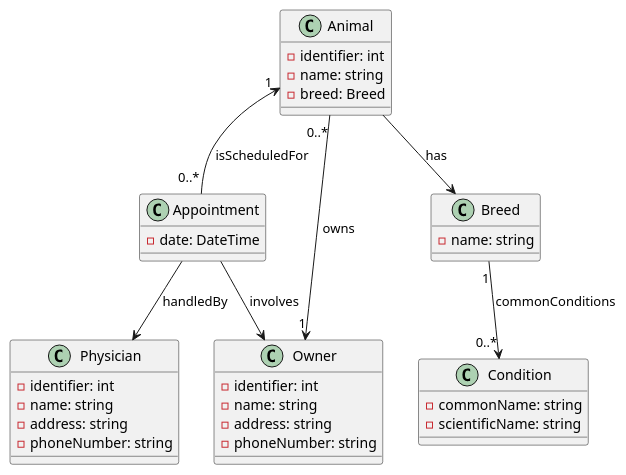
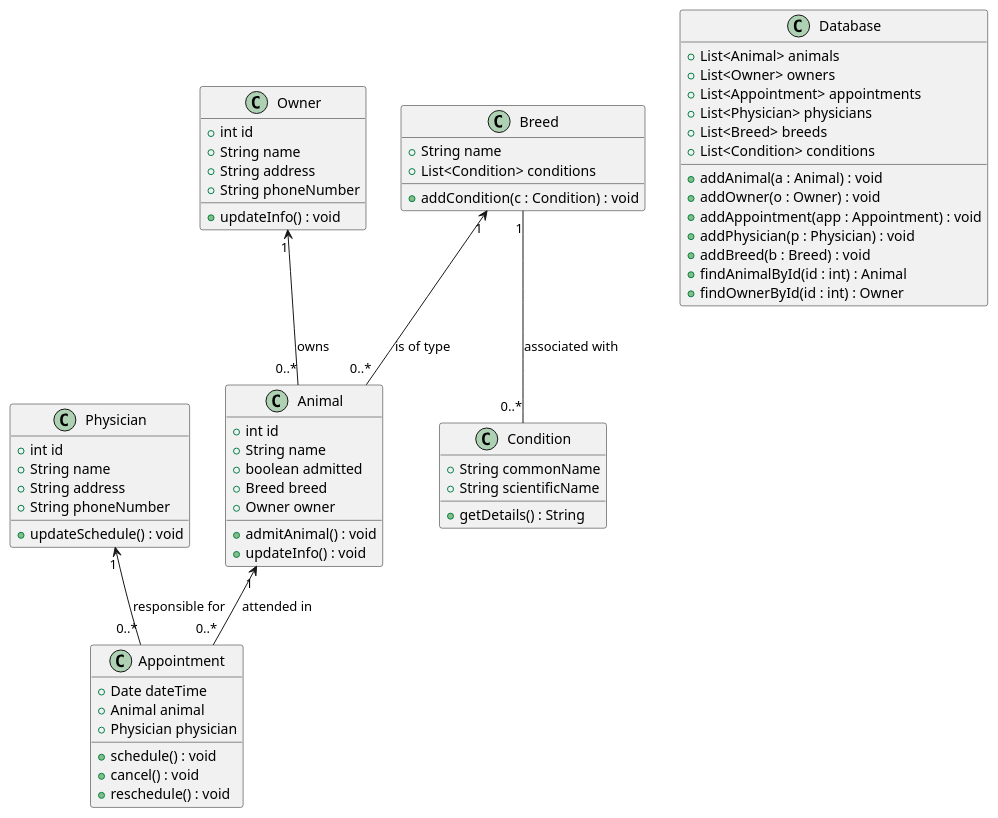
The diagram in survey/gen-r-ent-o3-mini/R28_AnimalClinic_class_diagram.puml (RayWP/pfsa-id), drawn with PlantUML before and after one commit. The commit also changed 20 other files, not shown here.

```diff
--- a/survey/gen-r-ent-o3-mini/R28_AnimalClinic_class_diagram.puml
+++ b/survey/gen-r-ent-o3-mini/R28_AnimalClinic_class_diagram.puml
@@ -1,62 +1,84 @@
 @startuml
-
-' Define classes for the domain
+' Define classes
 
 class Animal {
-  - identifier: int
-  - name: string
-  ' Instead of storing breed as a simple string attribute,
-  ' we use a dedicated Breed class to allow association with conditions.
-  - breed: Breed
+  +int id
+  +String name
+  +boolean admitted
+  +Breed breed
+  +Owner owner
+  +admitAnimal() : void
+  +updateInfo() : void
 }
 
 class Owner {
-  - identifier: int
-  - name: string
-  - address: string
-  - phoneNumber: string
+  +int id
+  +String name
+  +String address
+  +String phoneNumber
+  +updateInfo() : void
+}
+
+class Appointment {
+  +Date dateTime
+  +Animal animal
+  +Physician physician
+  +schedule() : void
+  +cancel() : void
+  +reschedule() : void
 }
 
 class Physician {
-  - identifier: int
-  - name: string
-  - address: string
-  - phoneNumber: string
-}
-
-class Appointment {
-  - date: DateTime
+  +int id
+  +String name
+  +String address
+  +String phoneNumber
+  +updateSchedule() : void
 }
 
 class Condition {
-  - commonName: string
-  - scientificName: string
+  +String commonName
+  +String scientificName
+  +getDetails() : String
 }
 
-' Additional class to encapsulate breed information and its common conditions.
+' Extra class to represent breed details and store common conditions for that breed
 class Breed {
-  - name: string
+  +String name
+  +List<Condition> conditions
+  +addCondition(c : Condition) : void
+}
+
+' Database class that holds collections of all entities
+class Database {
+  +List<Animal> animals
+  +List<Owner> owners
+  +List<Appointment> appointments
+  +List<Physician> physicians
+  +List<Breed> breeds
+  +List<Condition> conditions
+  +addAnimal(a : Animal) : void
+  +addOwner(o : Owner) : void
+  +addAppointment(app : Appointment) : void
+  +addPhysician(p : Physician) : void
+  +addBreed(b : Breed) : void
+  +findAnimalById(id : int) : Animal
+  +findOwnerById(id : int) : Owner
 }
 
 ' Relationships
 
-' An Owner can have many Animals, but each Animal has exactly one Owner.
+' Each Animal is owned by exactly one Owner; an Owner can have many Animals.
 Owner "1" <-- "0..*" Animal : owns
 
-' Each Appointment is for one Animal.
-Animal "1" <-- "0..*" Appointment : isScheduledFor
+' Each Animal has a Breed (if any) and a Breed can be associated with many Animals.
+Breed "1" <-- "0..*" Animal : "is of type"
 
-' Since the owner is inherent to the Animal, Appointment can traverse to Owner,
-' though you may optionally model it directly.
-Appointment --> Owner : involves
+' Each Appointment has one Animal and one Physician.
+Animal "1" <-- "0..*" Appointment : "attended in"
+Physician "1" <-- "0..*" Appointment : "responsible for"
 
-' Each Appointment must have a responsible Physician.
-Appointment --> Physician : handledBy
-
-' An Animal’s breed is represented via the Breed class.
-Animal --> Breed : has
-
-' For each Breed, it is possible to store common Conditions.
-Breed "1" --> "0..*" Condition : commonConditions
+' Each Breed can have multiple Conditions (common conditions)
+Breed "1" -- "0..*" Condition : "associated with"
 
 @enduml
```
